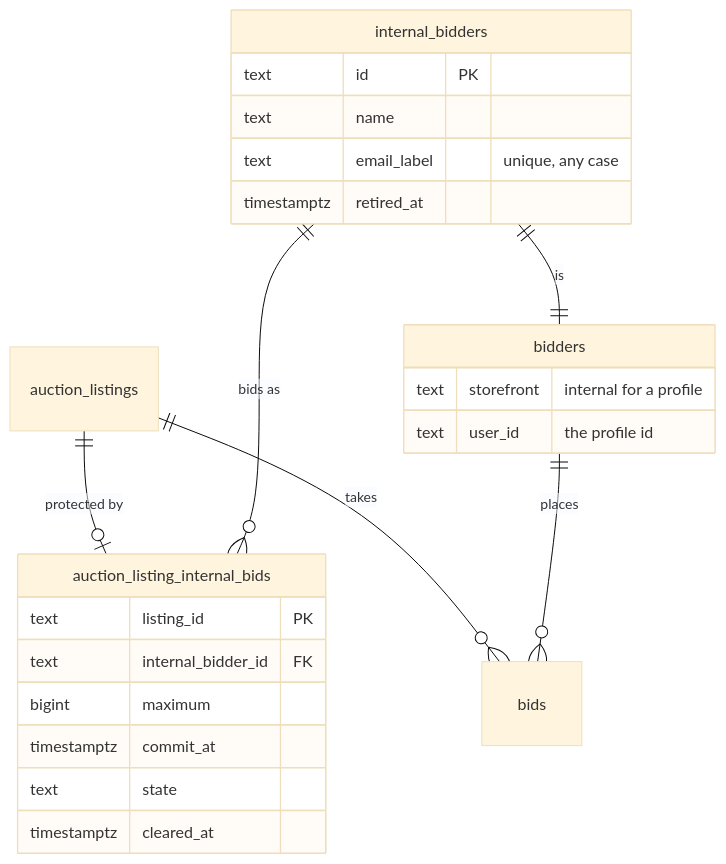
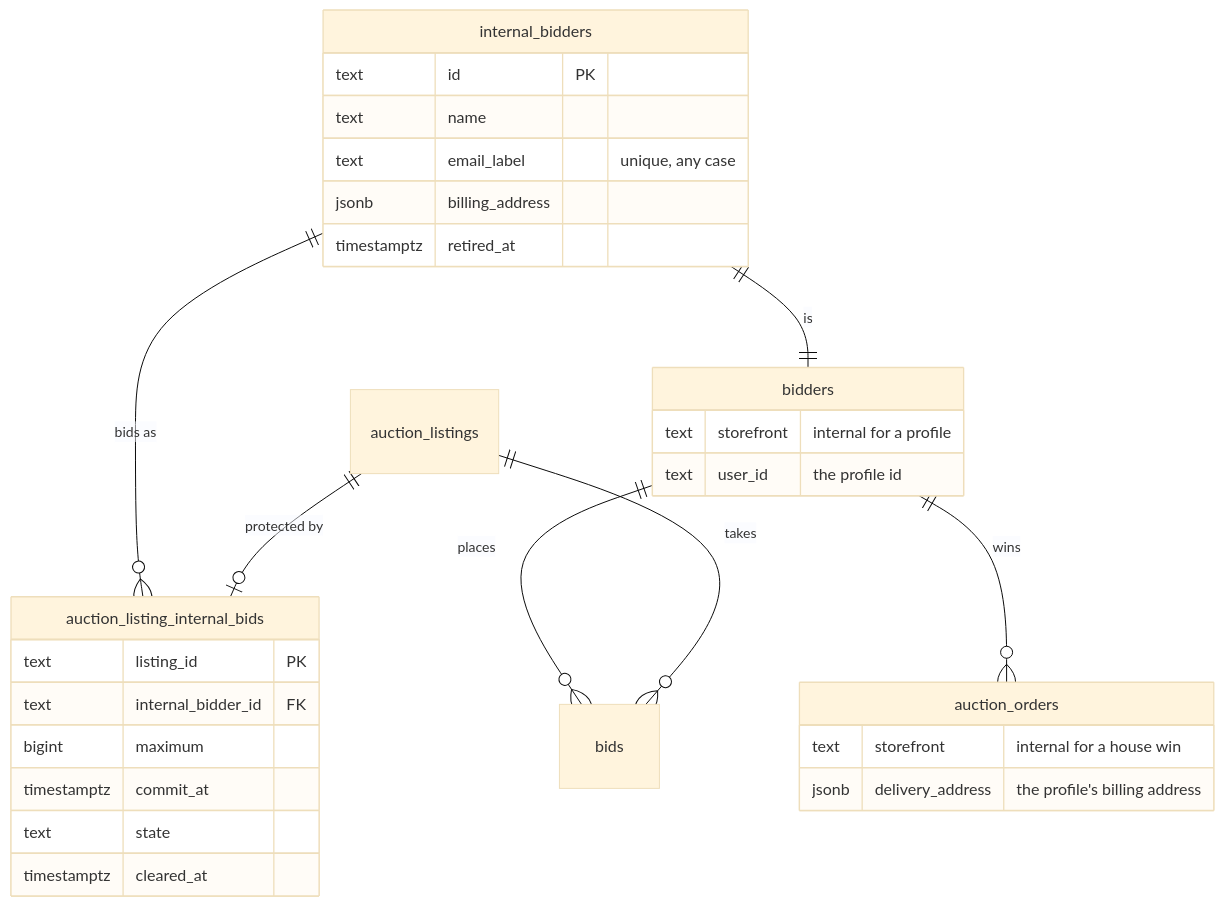
The diagram in openspec/changes/add-auction-internal-bid/tech-design.md (potzchan6969/grade10-spec), drawn with Mermaid (base theme) before and after one commit. The commit also changed other lines of this file and 6 other files, not shown here.

Commit message:
docs(auction): rework add-auction-internal-bid for the internal bidder's order

````diff
--- a/openspec/changes/add-auction-internal-bid/tech-design.md
+++ b/openspec/changes/add-auction-internal-bid/tech-design.md
@@ -374,26 +434,32 @@
 ```mermaid
 erDiagram
   auction_listings ||--o| auction_listing_internal_bids : "protected by"
   internal_bidders ||--o{ auction_listing_internal_bids : "bids as"
   internal_bidders ||--|| bidders : "is"
+  bidders ||--o{ auction_orders : "wins"
   auction_listings ||--o{ bids : takes
   bidders ||--o{ bids : places
   internal_bidders {
     text id PK
     text name
     text email_label "unique, any case"
+    jsonb billing_address
     timestamptz retired_at
+  }
+  auction_orders {
+    text storefront "internal for a house win"
+    jsonb delivery_address "the profile's billing address"
   }
   bidders {
     text storefront "internal for a profile"
     text user_id "the profile id"
   }
   auction_listing_internal_bids {
     text listing_id PK
     text internal_bidder_id FK
     bigint maximum
     timestamptz commit_at
     text state
     timestamptz cleared_at
   }
 ```
````
